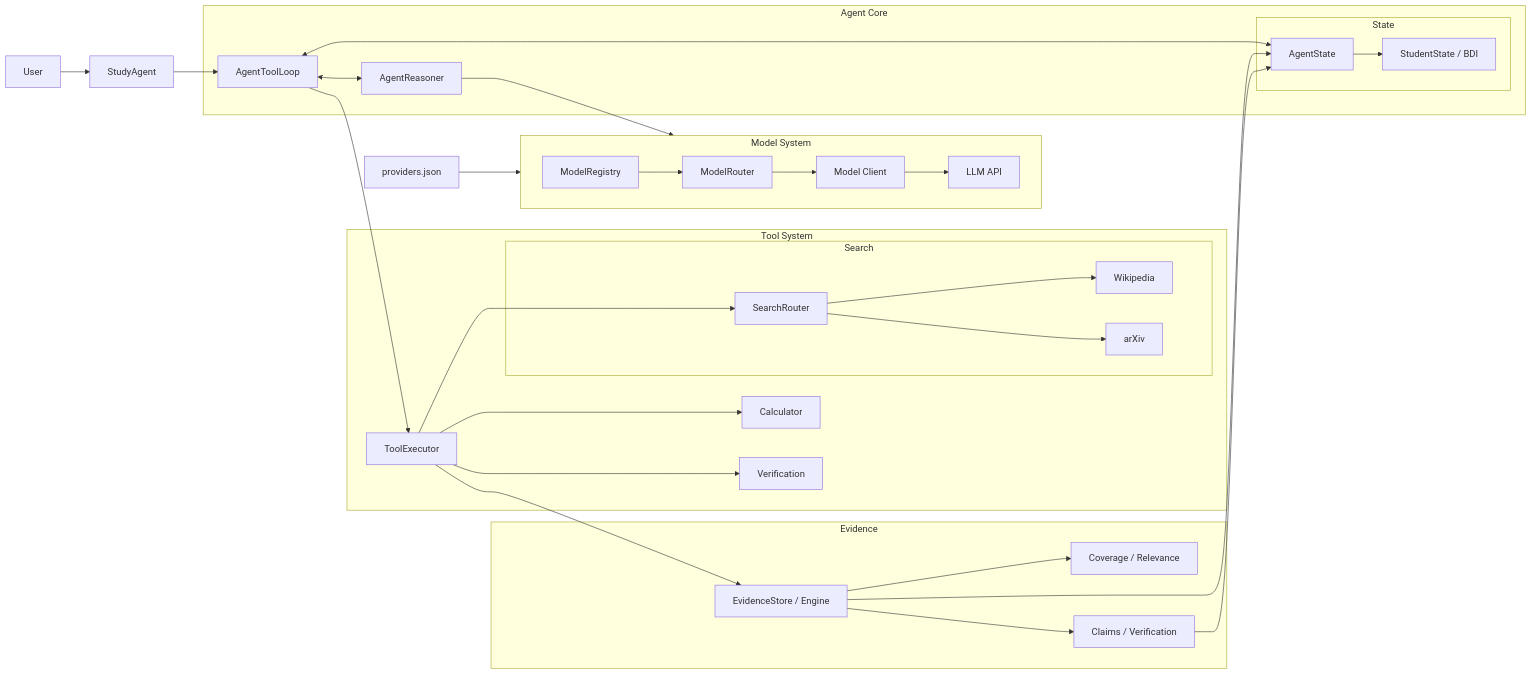
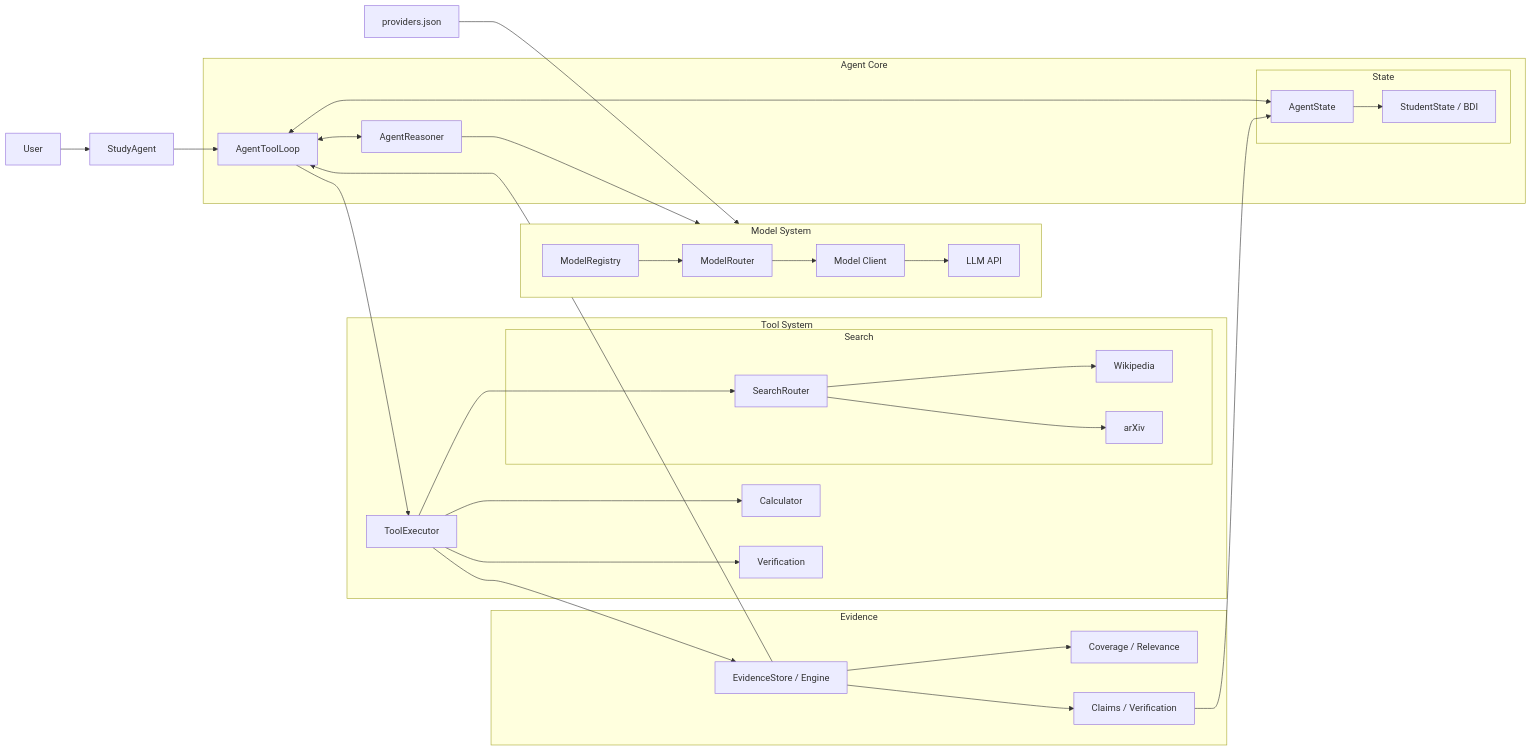
One commit to Erdoschn/Study-agent changed the first of 3 diagrams in README.md. Above: the diagram before and after it, drawn with Mermaid.

Commit message:
docs: correct evidence to agent state flow

````diff
--- a/README.md
+++ b/README.md
@@ -3,55 +3,55 @@
 ```mermaid
 flowchart LR
 
     USER["User"] --> SA["StudyAgent"] --> LOOP["AgentToolLoop"]
 
     subgraph CORE["Agent Core"]
         LOOP <--> REASONER["AgentReasoner"]
 
         subgraph STATE["State"]
             AS["AgentState"]
             STUDENT["StudentState / BDI"]
             AS --> STUDENT
         end
 
         LOOP <--> AS
     end
 
     subgraph MODEL["Model System"]
         direction LR
         REGISTRY["ModelRegistry"] --> ROUTER["ModelRouter"] --> CLIENT["Model Client"] --> LLM["LLM API"]
     end
 
     subgraph TOOLS["Tool System"]
         EXECUTOR["ToolExecutor"]
 
         subgraph SEARCH["Search"]
             SEARCH_ROUTER["SearchRouter"] --> WIKI["Wikipedia"]
             SEARCH_ROUTER --> ARXIV["arXiv"]
         end
 
         CALC["Calculator"]
         VERIFY["Verification"]
 
         EXECUTOR --> SEARCH_ROUTER
         EXECUTOR --> CALC
         EXECUTOR --> VERIFY
     end
 
     subgraph EVIDENCE["Evidence"]
         EVI["EvidenceStore / Engine"]
         COVERAGE["Coverage / Relevance"]
         CLAIM["Claims / Verification"]
 
         EVI --> COVERAGE
         EVI --> CLAIM
     end
 
     CONFIG["providers.json"] --> MODEL
 
     REASONER --> MODEL
     LOOP --> EXECUTOR
     EXECUTOR --> EVI
-    EVI --> AS
+    EVI --> LOOP
     CLAIM --> AS
 ```
````
